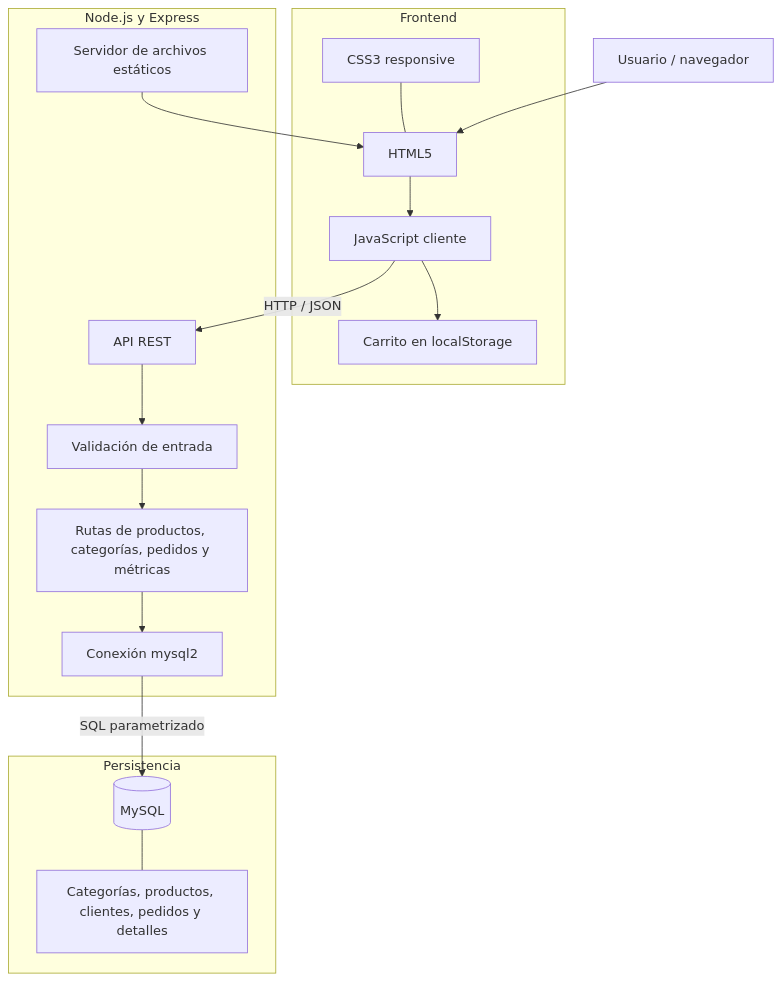
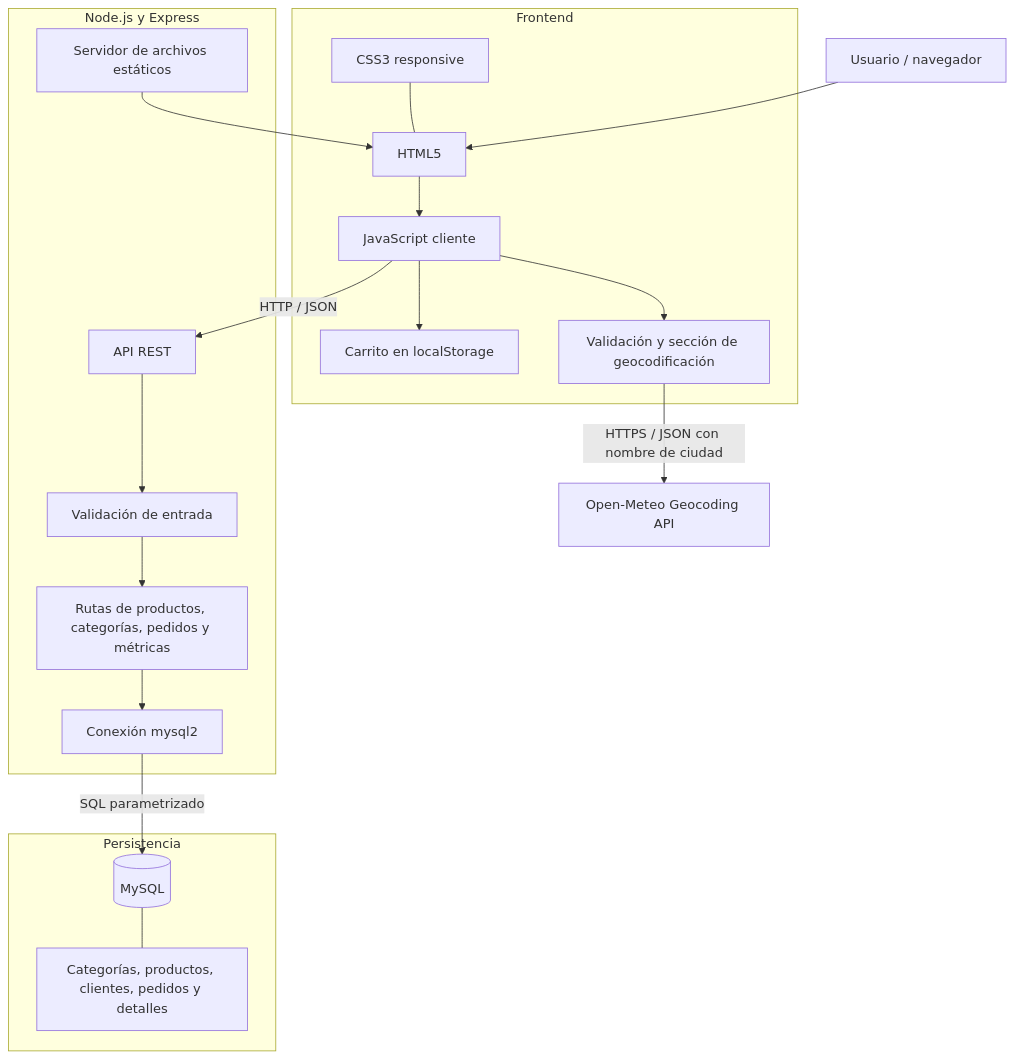
The diagram in docs/ARQUITECTURA.md (afelipe096/proyecto_ingWeb), drawn with Mermaid before and after one commit. The commit also changed other lines of this file and 13 other files, not shown here.

Commit message:
Se completó la validación de formularios y la asincronía con Fetch API

````diff
--- a/docs/ARQUITECTURA.md
+++ b/docs/ARQUITECTURA.md
@@ -9,30 +9,34 @@
 ```mermaid
 flowchart TD
     U[Usuario / navegador]
     subgraph Frontend
       HTML[HTML5]
       CSS[CSS3 responsive]
       JS[JavaScript cliente]
       CART[Carrito en localStorage]
+      LAB[Validación y sección de geocodificación]
       HTML --> JS
       CSS --- HTML
       JS --> CART
+      JS --> LAB
     end
     subgraph Backend[Node.js y Express]
       STATIC[Servidor de archivos estáticos]
       API[API REST]
       VALID[Validación de entrada]
       ROUTES[Rutas de productos, categorías, pedidos y métricas]
       DBMOD[Conexión mysql2]
       API --> VALID --> ROUTES --> DBMOD
     end
+    EXT[Open-Meteo Geocoding API]
     subgraph Persistencia
       MYSQL[(MySQL)]
       TABLES[Categorías, productos, clientes, pedidos y detalles]
       MYSQL --- TABLES
     end
     U --> HTML
     JS -- HTTP / JSON --> API
+    LAB -- HTTPS / JSON con nombre de ciudad --> EXT
     STATIC --> HTML
     DBMOD -- SQL parametrizado --> MYSQL
 ```
````
